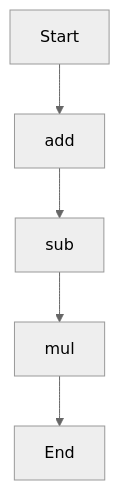
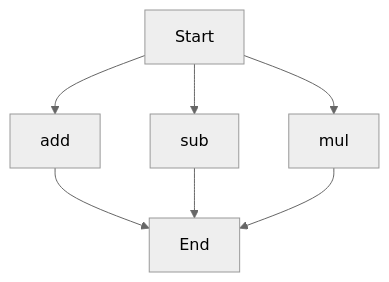
One commit to Sakshibhoyar16/agentic-test-repo changed the diagram in DOCUMENTATION.md. Above: the diagram before and after it, drawn with Mermaid (neutral theme). The commit also changed other lines of this file and 1 other file, not shown here.

````diff
--- a/DOCUMENTATION.md
+++ b/DOCUMENTATION.md
@@ -51,7 +58,9 @@
 ```mermaid
 flowchart TD
     A[Start] --> B[add]
-    B --> C[sub]
-    C --> D[mul]
-    D --> E[End]
+    A --> C[sub]
+    A --> D[mul]
+    B --> E[End]
+    C --> E
+    D --> E
 ```
````
